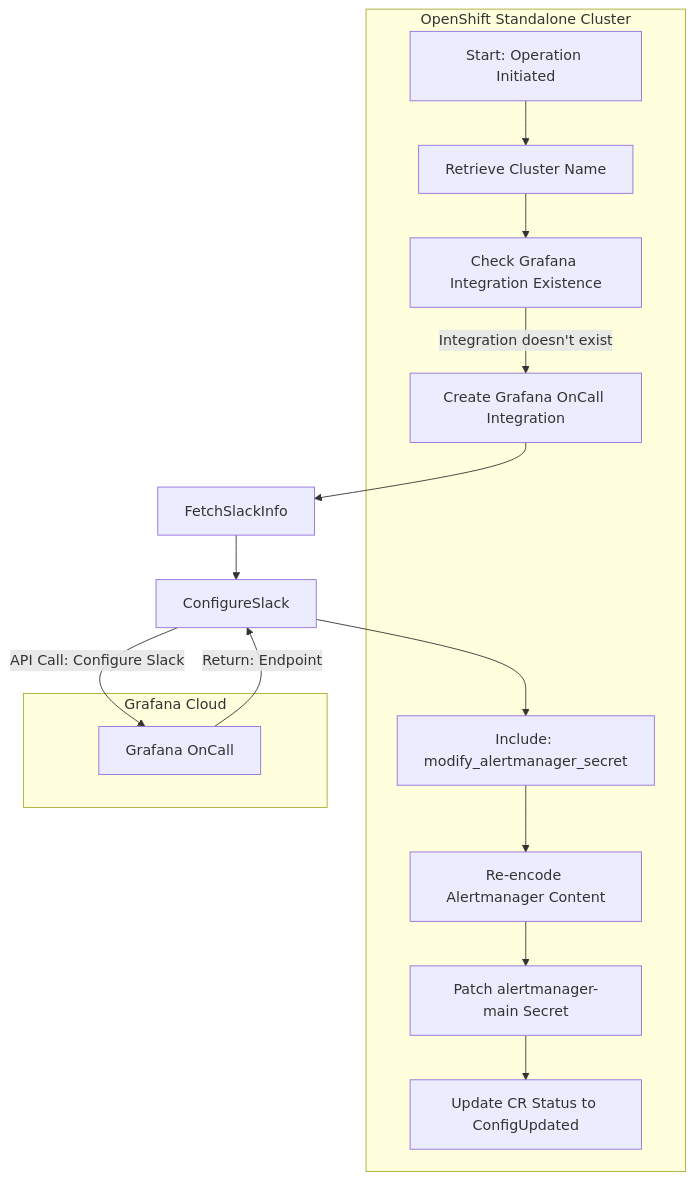
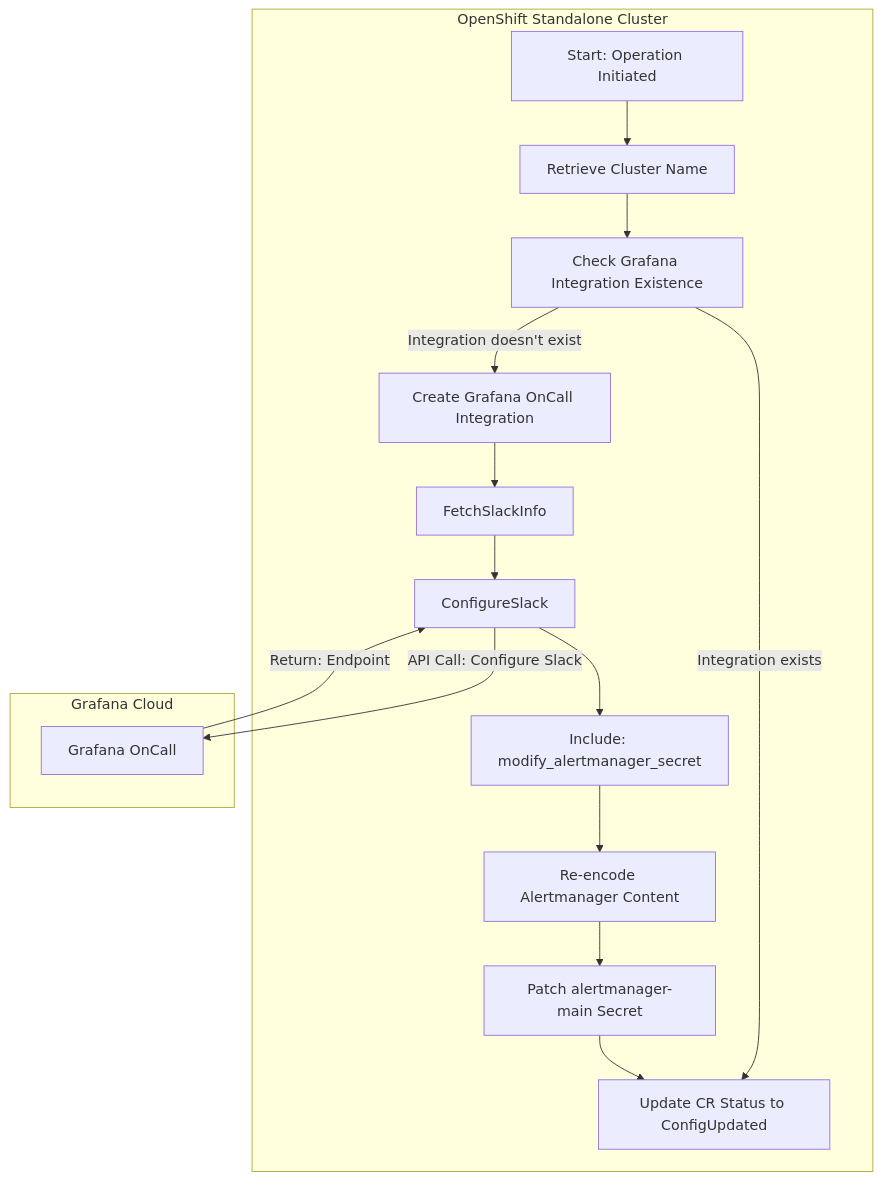
The second of 2 diagrams in README.md (stakater/grafana-cloud-ansible-operator), drawn with Mermaid before and after one commit.

````diff
--- a/README.md
+++ b/README.md
@@ -106,30 +106,32 @@
     ```mermaid
     graph TD
 
-        subgraph "OpenShift Standalone Cluster"
-            Init[Start: Operation Initiated]
-            GetClusterName[Retrieve Cluster Name]
-            CheckIntegration[Check Grafana Integration Existence]
-            CreateIntegration[Create Grafana OnCall Integration]
-            ModSecret[Include: modify_alertmanager_secret]
-            Reencode[Re-encode Alertmanager Content]
-            PatchSecret[Patch alertmanager-main Secret]
-            UpdateCR[Update CR Status to ConfigUpdated]
-            Init --> GetClusterName
-            GetClusterName --> CheckIntegration
-            CheckIntegration -- Integration doesn't exist --> CreateIntegration
-        end
+    subgraph "OpenShift Standalone Cluster"
+        Init[Start: Operation Initiated]
+        GetClusterName[Retrieve Cluster Name]
+        CheckIntegration[Check Grafana Integration Existence]
+        CreateIntegration[Create Grafana OnCall Integration]
+        ModSecret[Include: modify_alertmanager_secret]
+        Reencode[Re-encode Alertmanager Content]
+        PatchSecret[Patch alertmanager-main Secret]
+        UpdateCR[Update CR Status to ConfigUpdated]
 
-        subgraph "Grafana Cloud"
-            GO[Grafana OnCall]
-        end
-
+        Init --> GetClusterName
+        GetClusterName --> CheckIntegration
+        CheckIntegration -->|Integration doesn't exist| CreateIntegration
+        CheckIntegration -->|Integration exists| UpdateCR
         CreateIntegration --> FetchSlackInfo
         FetchSlackInfo --> ConfigureSlack
-        ConfigureSlack -->|API Call: Configure Slack| GO
-        GO -->|Return: Endpoint| ConfigureSlack
         ConfigureSlack --> ModSecret
         ModSecret --> Reencode
         Reencode --> PatchSecret
         PatchSecret --> UpdateCR
+    end
+
+    subgraph "Grafana Cloud"
+        GO[Grafana OnCall]
+    end
+
+    ConfigureSlack -->|API Call: Configure Slack| GO
+    GO -->|Return: Endpoint| ConfigureSlack
     ```
````
